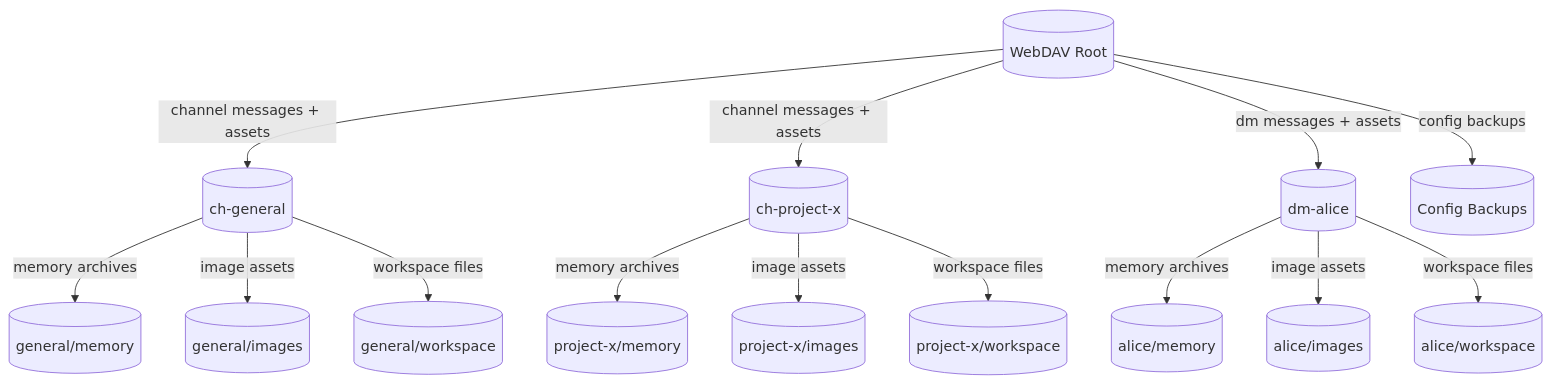
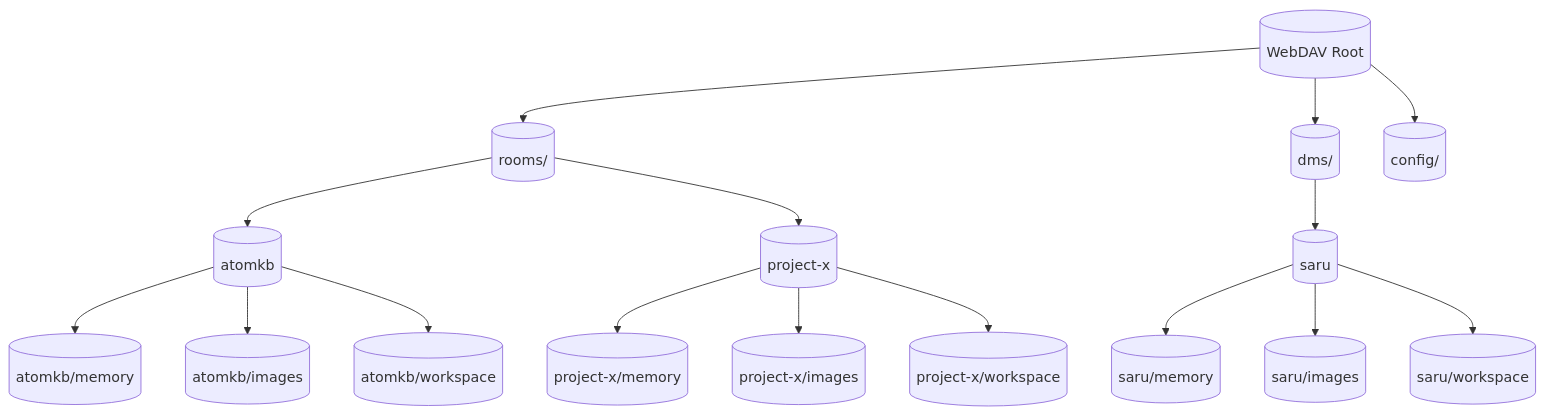
One commit to cosmoswafer/rockbot changed the fourth of 4 diagrams in _dfds/base/webdav.md. Above: the diagram before and after it, drawn with Mermaid. The commit also changed other lines of this file, not shown here.

Commit message:
docs: align webdav DFD directory structure with room-name implementation
- Section 1: document rooms/{name} and dms/{name} namespace prefix system
- Section 2d: update directory tree diagram to show rooms/ and dms/ top-level dirs
- Section 3: WebDavPath methods now accept dir_key (not raw room_id UUID)

````diff
--- a/_dfds/base/webdav.md
+++ b/_dfds/base/webdav.md
@@ -118,31 +129,35 @@
 ```mermaid
 flowchart TD
     ROOT[(WebDAV Root)]
-    CH[(ch-general)]
-    CH2[(ch-project-x)]
-    DM[(dm-alice)]
-    MEM_CH[(general/memory)]
-    MEM_CH2[(project-x/memory)]
-    MEM_DM[(alice/memory)]
-    IMG_CH[(general/images)]
-    IMG_CH2[(project-x/images)]
-    IMG_DM[(alice/images)]
-    WSP_CH[(general/workspace)]
-    WSP_CH2[(project-x/workspace)]
-    WSP_DM[(alice/workspace)]
-    CFG_DIR[(Config Backups)]
+    ROOMS[(rooms/)]
+    DMS[(dms/)]
+    CH_ATOM[(atomkb)]
+    CH_PROJ[(project-x)]
+    DM_SARU[(saru)]
+    MEM_CH_ATOM[(atomkb/memory)]
+    MEM_CH_PROJ[(project-x/memory)]
+    MEM_DM_SARU[(saru/memory)]
+    IMG_CH_ATOM[(atomkb/images)]
+    IMG_CH_PROJ[(project-x/images)]
+    IMG_DM_SARU[(saru/images)]
+    WSP_CH_ATOM[(atomkb/workspace)]
+    WSP_CH_PROJ[(project-x/workspace)]
+    WSP_DM_SARU[(saru/workspace)]
+    CFG_DIR[(config/)]
 
-    ROOT -->|"channel messages + assets"| CH
-    ROOT -->|"channel messages + assets"| CH2
-    ROOT -->|"dm messages + assets"| DM
-    ROOT -->|"config backups"| CFG_DIR
-    CH -->|"memory archives"| MEM_CH
-    CH -->|"image assets"| IMG_CH
-    CH -->|"workspace files"| WSP_CH
-    CH2 -->|"memory archives"| MEM_CH2
-    CH2 -->|"image assets"| IMG_CH2
-    CH2 -->|"workspace files"| WSP_CH2
-    DM -->|"memory archives"| MEM_DM
-    DM -->|"image assets"| IMG_DM
-    DM -->|"workspace files"| WSP_DM
+    ROOT --> ROOMS
+    ROOT --> DMS
+    ROOT --> CFG_DIR
+    ROOMS --> CH_ATOM
+    ROOMS --> CH_PROJ
+    DMS --> DM_SARU
+    CH_ATOM --> MEM_CH_ATOM
+    CH_ATOM --> IMG_CH_ATOM
+    CH_ATOM --> WSP_CH_ATOM
+    CH_PROJ --> MEM_CH_PROJ
+    CH_PROJ --> IMG_CH_PROJ
+    CH_PROJ --> WSP_CH_PROJ
+    DM_SARU --> MEM_DM_SARU
+    DM_SARU --> IMG_DM_SARU
+    DM_SARU --> WSP_DM_SARU
 ```
````
